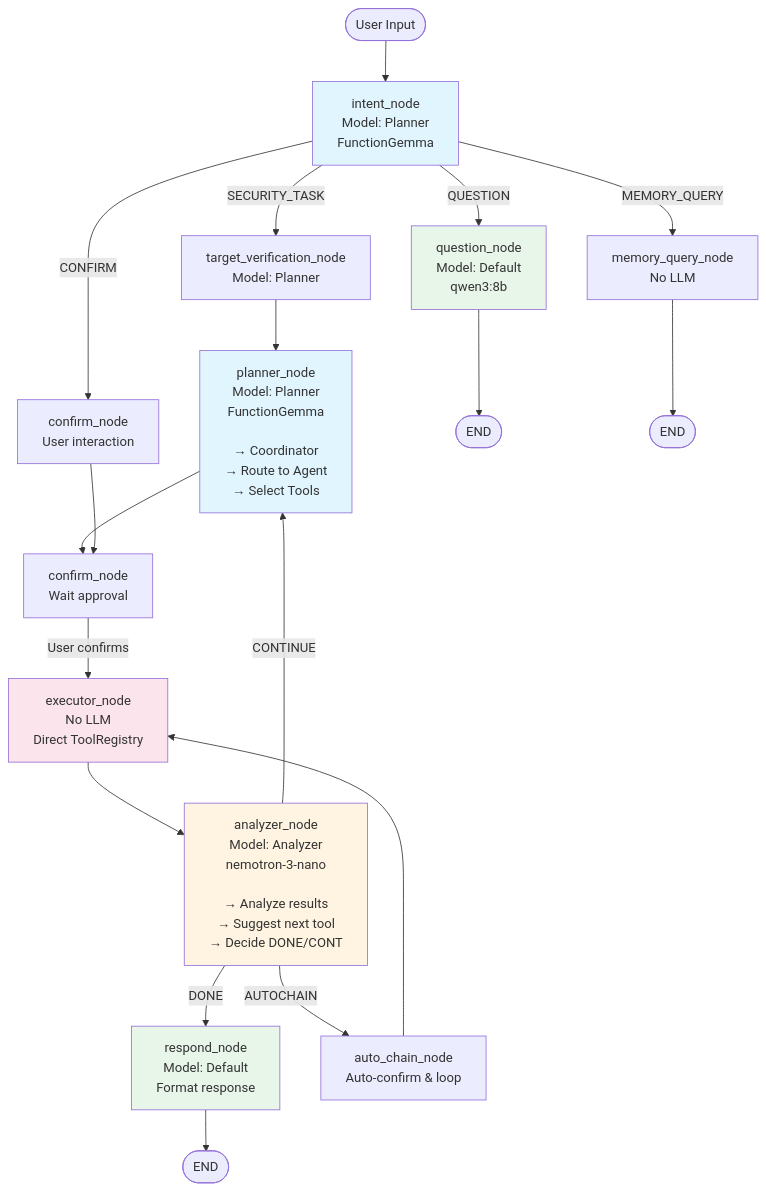
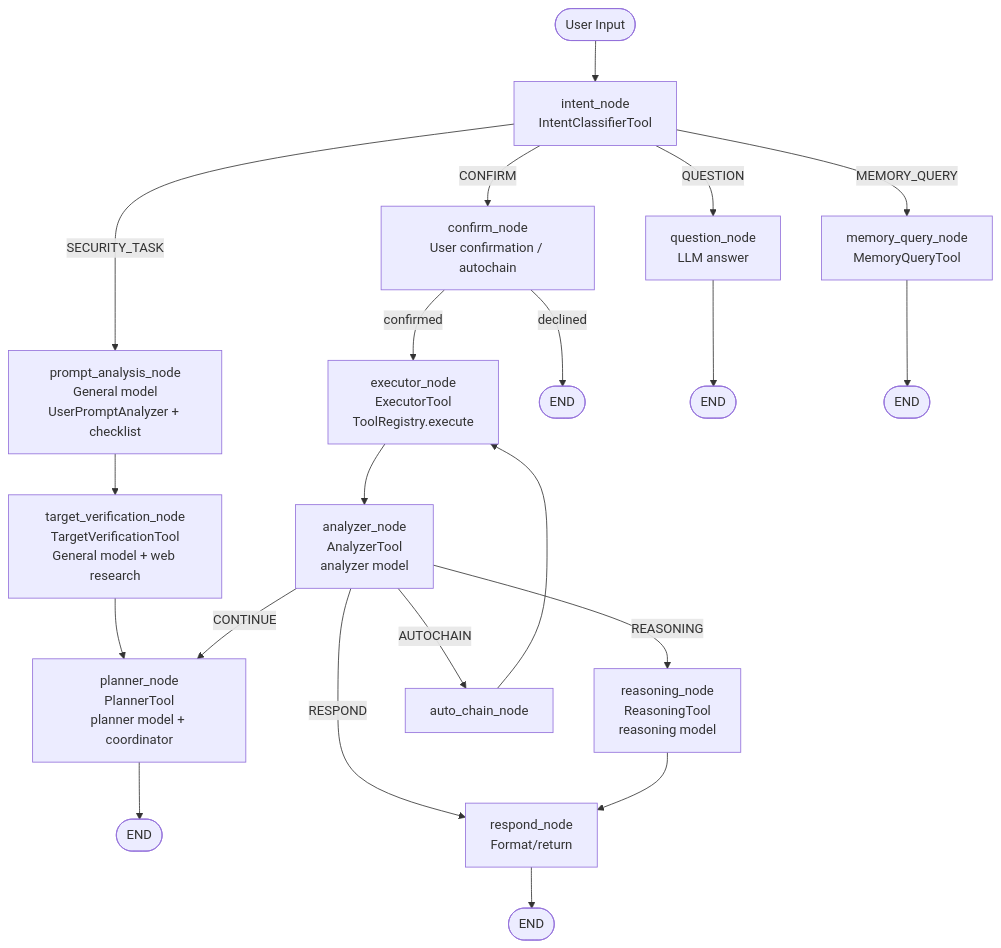
One commit to LeHTVy/rutx changed the first of 2 diagrams in ARCHITECTURE_FLOW.md. Above: the diagram before and after it, drawn with Mermaid. The commit also changed other lines of this file and 62 other files, not shown here.

````diff
--- a/ARCHITECTURE_FLOW.md
+++ b/ARCHITECTURE_FLOW.md
@@ -101,35 +67,33 @@
 ```mermaid
 flowchart TD
-    Start([User Input]) --> Intent[intent_node<br/>Model: Planner<br/>FunctionGemma]
+    Start([User Input]) --> Intent[intent_node<br/>IntentClassifierTool]
     
-    Intent -->|SECURITY_TASK| TargetVerif[target_verification_node<br/>Model: Planner]
-    Intent -->|QUESTION| Question[question_node<br/>Model: Default<br/>qwen3:8b]
-    Intent -->|MEMORY_QUERY| Memory[memory_query_node<br/>No LLM]
-    Intent -->|CONFIRM| Confirm[confirm_node<br/>User interaction]
+    Intent -->|SECURITY_TASK| PromptAnalysis[prompt_analysis_node<br/>General model<br/>UserPromptAnalyzer + checklist]
+    Intent -->|CONFIRM| Confirm[confirm_node<br/>User confirmation / autochain]
+    Intent -->|QUESTION| Question[question_node<br/>LLM answer]
+    Intent -->|MEMORY_QUERY| Memory[memory_query_node<br/>MemoryQueryTool]
     
-    TargetVerif --> Planner[planner_node<br/>Model: Planner<br/>FunctionGemma<br/><br/>→ Coordinator<br/>→ Route to Agent<br/>→ Select Tools]
+    PromptAnalysis --> TargetVerif[target_verification_node<br/>TargetVerificationTool<br/>General model + web research]
+    TargetVerif --> Planner[planner_node<br/>PlannerTool<br/>planner model + coordinator]
     
-    Planner --> Confirm2[confirm_node<br/>Wait approval]
-    Confirm --> Confirm2
+    %% Planner typically ends the graph with suggestion_message;
+    %% user confirmation comes as a new turn (Intent=CONFIRM).
+    Planner --> EndPlan([END])
     
-    Confirm2 -->|User confirms| Executor[executor_node<br/>No LLM<br/>Direct ToolRegistry]
+    Confirm -->|confirmed| Executor[executor_node<br/>ExecutorTool<br/>ToolRegistry.execute]
+    Confirm -->|declined| EndDecline([END])
     
-    Executor --> Analyzer[analyzer_node<br/>Model: Analyzer<br/>nemotron-3-nano<br/><br/>→ Analyze results<br/>→ Suggest next tool<br/>→ Decide DONE/CONT]
+    Executor --> Analyzer[analyzer_node<br/>AnalyzerTool<br/>analyzer model]
     
-    Analyzer -->|DONE| Respond[respond_node<br/>Model: Default<br/>Format response]
     Analyzer -->|CONTINUE| Planner
-    Analyzer -->|AUTOCHAIN| AutoChain[auto_chain_node<br/>Auto-confirm & loop]
+    Analyzer -->|REASONING| Reason[reasoning_node<br/>ReasoningTool<br/>reasoning model]
+    Analyzer -->|AUTOCHAIN| AutoChain[auto_chain_node]
+    Analyzer -->|RESPOND| Respond[respond_node<br/>Format/return]
     
     AutoChain --> Executor
+    Reason --> Respond
     
-    Question --> End1([END])
-    Memory --> End2([END])
-    Respond --> End3([END])
-    
-    style Intent fill:#e1f5ff
-    style Planner fill:#e1f5ff
-    style Analyzer fill:#fff4e1
-    style Question fill:#e8f5e9
-    style Respond fill:#e8f5e9
-    style Executor fill:#fce4ec
+    Question --> EndQ([END])
+    Memory --> EndM([END])
+    Respond --> EndR([END])
 ```
````
